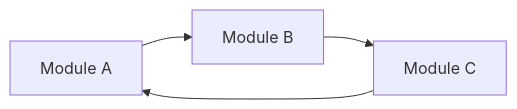
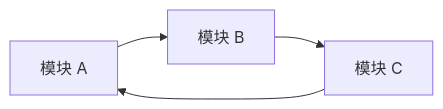
Before and after one commit to Kirky-X/diting: the second of 4 diagrams in references/architecture/dependency-analysis.md, drawn with Mermaid. The commit also changed other lines of this file and 74 other files, not shown here.

````diff
--- a/references/architecture/dependency-analysis.md
+++ b/references/architecture/dependency-analysis.md
@@ -62,6 +62,6 @@
 ```mermaid
 flowchart LR
-    A["Module A"] --> B["Module B"]
-    B --> C["Module C"]
+    A["模块 A"] --> B["模块 B"]
+    B --> C["模块 C"]
     C --> A
 ```
````
